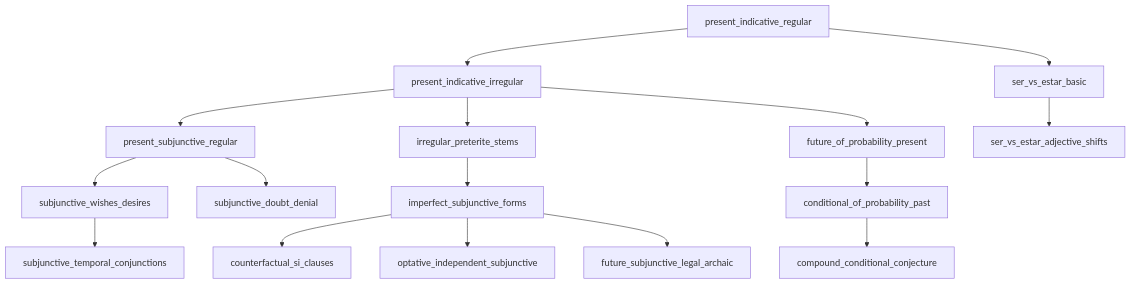
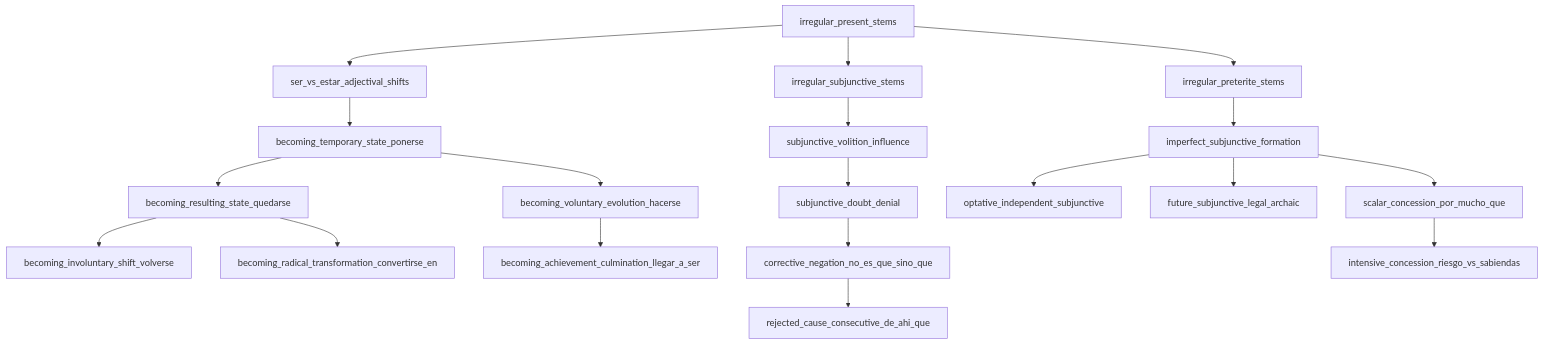
Before and after one commit to dnf0/spanglings: the diagram in docs/syllabus.md, drawn with Mermaid. The commit also changed other lines of this file and 55 other files, not shown here.

````diff
--- a/docs/syllabus.md
+++ b/docs/syllabus.md
@@ -93,18 +99,21 @@
 ```mermaid
 graph TD
-    A[present_indicative_regular] --> B[present_indicative_irregular]
-    A --> C[ser_vs_estar_basic]
-    B --> D[present_subjunctive_regular]
-    B --> E[irregular_preterite_stems]
-    E --> F[imperfect_subjunctive_forms]
-    D --> G[subjunctive_wishes_desires]
-    D --> H[subjunctive_doubt_denial]
-    G --> I[subjunctive_temporal_conjunctions]
-    F --> J[counterfactual_si_clauses]
-    C --> K[ser_vs_estar_adjective_shifts]
-    B --> L[future_of_probability_present]
-    L --> M[conditional_of_probability_past]
-    M --> N[compound_conditional_conjecture]
-    F --> O[optative_independent_subjunctive]
-    F --> P[future_subjunctive_legal_archaic]
+    A[irregular_present_stems] --> B[ser_vs_estar_adjectival_shifts]
+    A --> C[irregular_subjunctive_stems]
+    A --> D[irregular_preterite_stems]
+    D --> E[imperfect_subjunctive_formation]
+    C --> F[subjunctive_volition_influence]
+    F --> G[subjunctive_doubt_denial]
+    B --> H[becoming_temporary_state_ponerse]
+    H --> I[becoming_resulting_state_quedarse]
+    H --> J[becoming_voluntary_evolution_hacerse]
+    I --> K[becoming_involuntary_shift_volverse]
+    J --> L[becoming_achievement_culmination_llegar_a_ser]
+    I --> M[becoming_radical_transformation_convertirse_en]
+    G --> N[corrective_negation_no_es_que_sino_que]
+    N --> O[rejected_cause_consecutive_de_ahi_que]
+    E --> P[optative_independent_subjunctive]
+    E --> Q[future_subjunctive_legal_archaic]
+    E --> R[scalar_concession_por_mucho_que]
+    R --> S[intensive_concession_riesgo_vs_sabiendas]
 ```
````
